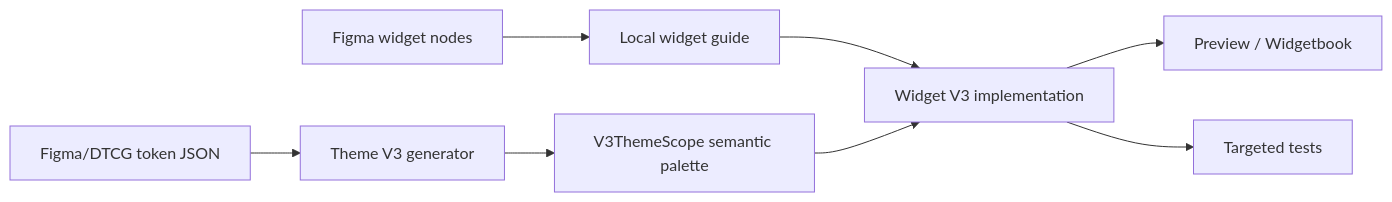
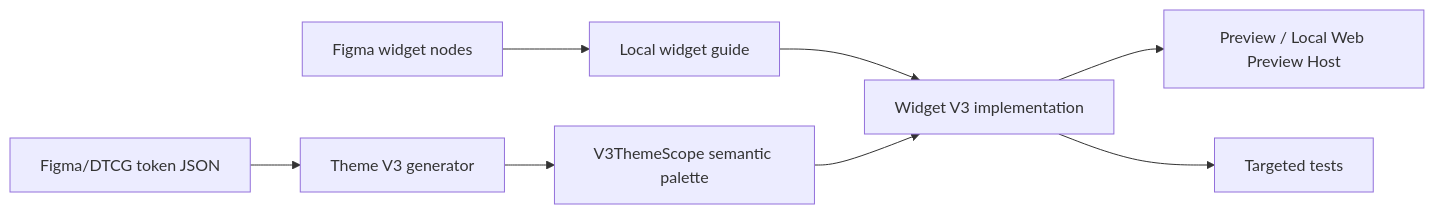
The diagram in lib/widgets/v3/V3_WIDGETS_CONTEXT.md (NUX-Design/Wallet_Widgetbook_3.0), drawn with Mermaid before and after one commit. The commit also changed other lines of this file and 42 other files, not shown here.

Commit message:
feat(v3): replace Widgetbook with local web previews

````diff
--- a/lib/widgets/v3/V3_WIDGETS_CONTEXT.md
+++ b/lib/widgets/v3/V3_WIDGETS_CONTEXT.md
@@ -78,10 +78,10 @@
 ```mermaid
 flowchart LR
     F["Figma widget nodes"] --> G["Local widget guide"]
     T["Figma/DTCG token JSON"] --> R["Theme V3 generator"]
     R --> S["V3ThemeScope semantic palette"]
     G --> W["Widget V3 implementation"]
     S --> W
-    W --> P["Preview / Widgetbook"]
+    W --> P["Preview / Local Web Preview Host"]
     W --> X["Targeted tests"]
 ```
````
